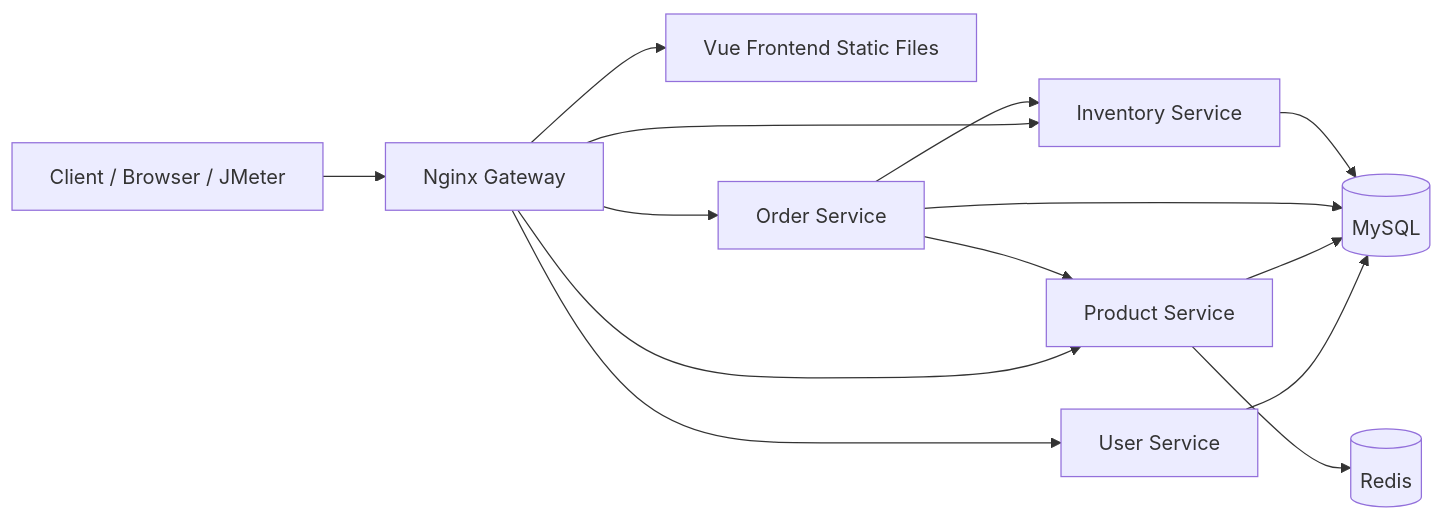
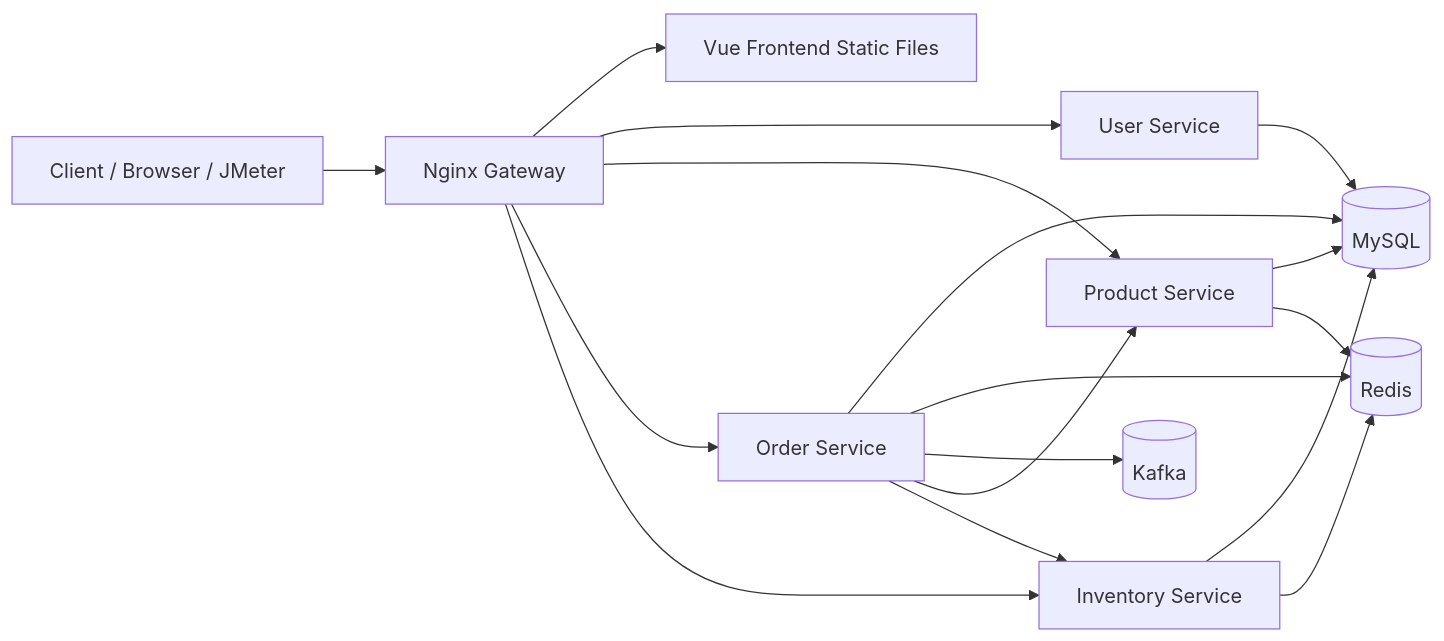
Before and after one commit to raitocc/distributed-flash-sale: the diagram in README.md, drawn with Mermaid. The commit also changed other lines of this file and 25 other files, not shown here.

````diff
--- a/README.md
+++ b/README.md
@@ -28,16 +34,19 @@
 ```mermaid
 graph LR
     A[Client / Browser / JMeter] --> B[Nginx Gateway]
     B --> C[Vue Frontend Static Files]
     B --> D[User Service]
     B --> E[Product Service]
     B --> F[Order Service]
     B --> G[Inventory Service]
     D --> H[(MySQL)]
     E --> H
     F --> H
     G --> H
     E --> I[(Redis)]
+    F --> I
+    G --> I
+    F --> J[(Kafka)]
     F --> E
     F --> G
 ```
````
